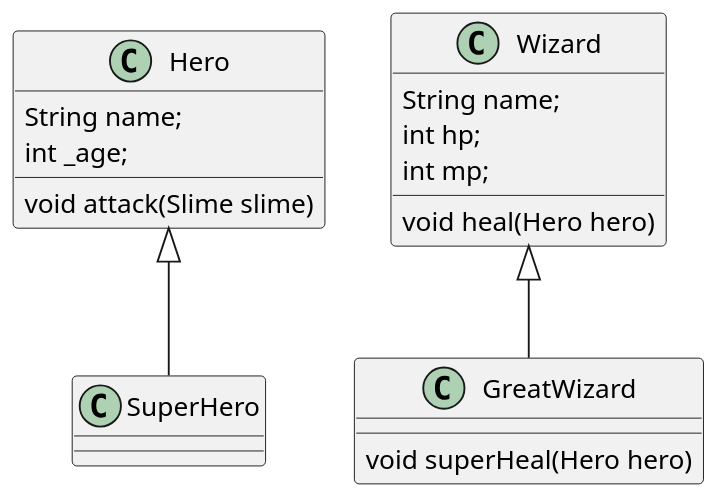
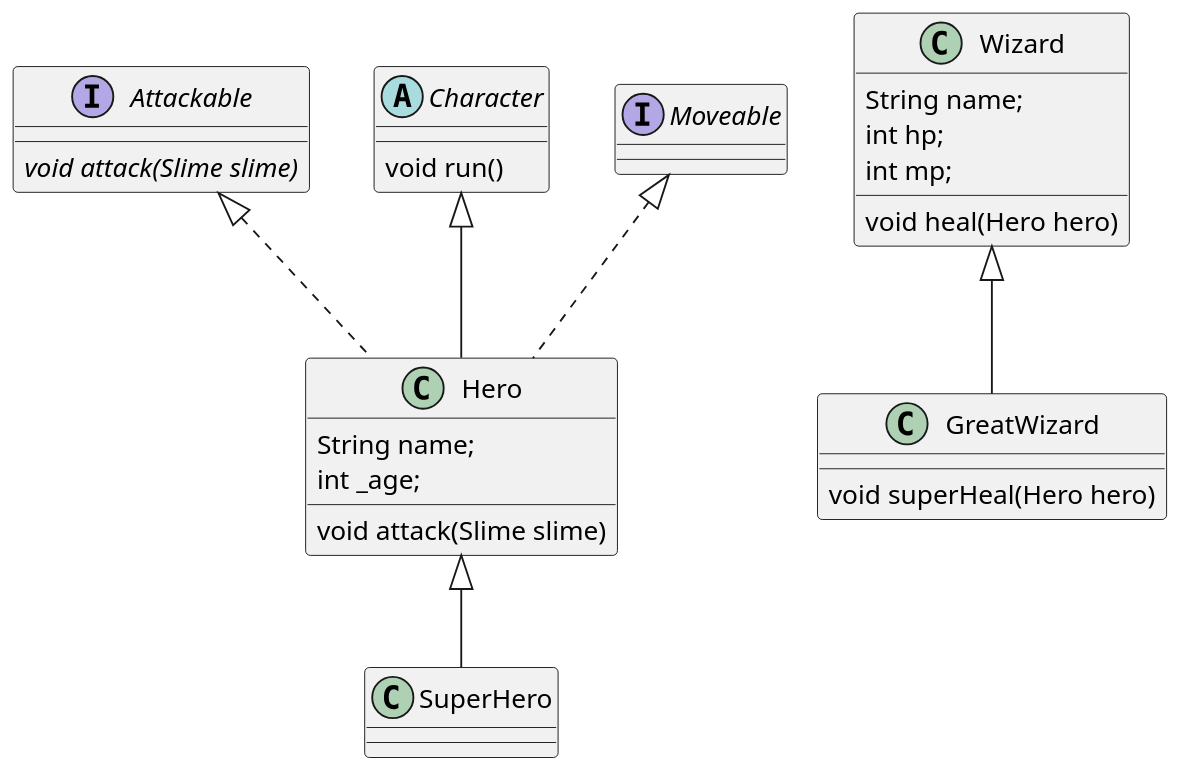
The diagram in lib/game/game.puml (okstring/modu-3-dart-study), drawn with PlantUML before and after one commit. The commit also changed 8 other files, not shown here.

```diff
--- a/lib/game/game.puml
+++ b/lib/game/game.puml
@@ -1,28 +1,36 @@
 @startuml
 
 scale 1.5
 
-class Hero {
+interface Attackable {
+    {abstract} void attack(Slime slime)
+}
+
+abstract class Character {
+    void run()
+}
+
+class Hero extends Character implements Attackable, Moveable {
     String name;
     int _age;
 
     void attack(Slime slime)
 }
 
 class SuperHero extends Hero {
 }
 
 class Wizard {
     String name;
     int hp;
     int mp;
 
     void heal(Hero hero)
 }
 
 class GreatWizard extends Wizard {
 
     void superHeal(Hero hero)
 }
 
 @enduml
```
